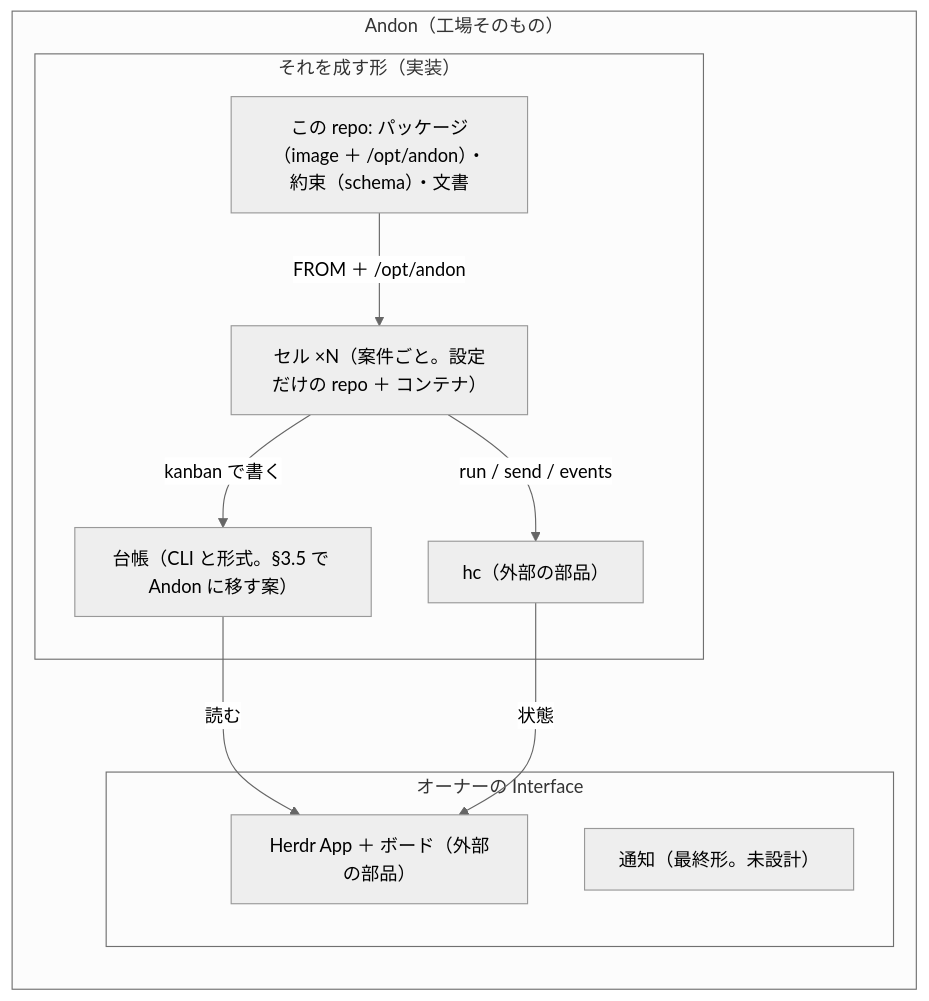
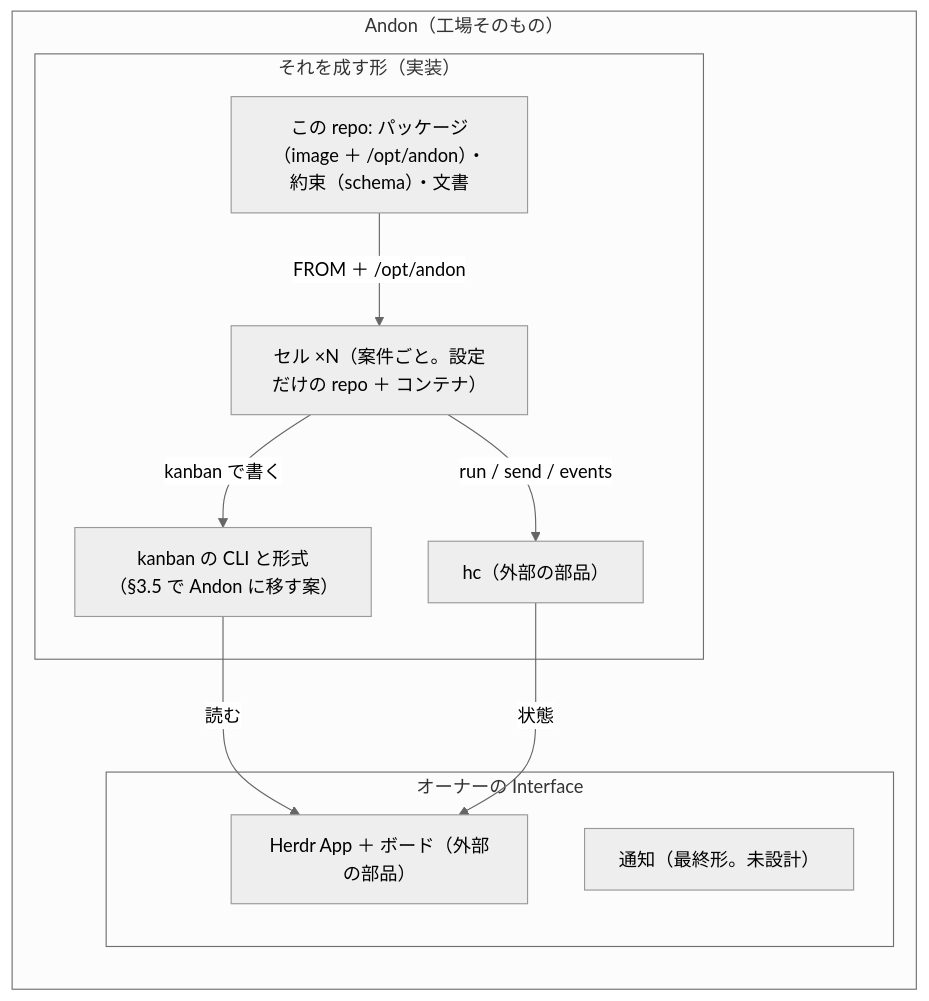
The second of 3 diagrams in docs/design.md (mitaku/andon), drawn with Mermaid (neutral theme) before and after one commit. The commit also changed other lines of this file and 2 other files, not shown here.

First line of the commit message:
docs/design.md の「台帳」「ゲート」「版」を kanban・gate・バージョンに替え、語の検査の範囲に足す (#394)

````diff
--- a/docs/design.md
+++ b/docs/design.md
@@ -146,21 +146,21 @@
 ```mermaid
 flowchart TB
   subgraph ANDON["Andon（工場そのもの）"]
     direction TB
     subgraph FORM["それを成す形（実装）"]
       PKG["この repo: パッケージ（image ＋ /opt/andon）・約束（schema）・文書"]
       HOUSE["セル ×N（案件ごと。設定だけの repo ＋ コンテナ）"]
-      LED["台帳（CLI と形式。§3.5 で Andon に移す案）"]
+      LED["kanban の CLI と形式（§3.5 で Andon に移す案）"]
       HC["hc（外部の部品）"]
     end
     subgraph UI["オーナーの Interface"]
       APP["Herdr App ＋ ボード（外部の部品）"]
       NOTIF["通知（最終形。未設計）"]
     end
   end
   PKG -- "FROM ＋ /opt/andon" --> HOUSE
   HOUSE -- "kanban で書く" --> LED
   HOUSE -- "run / send / events" --> HC
   LED -- "読む" --> APP
   HC -- "状態" --> APP
 ```
````
